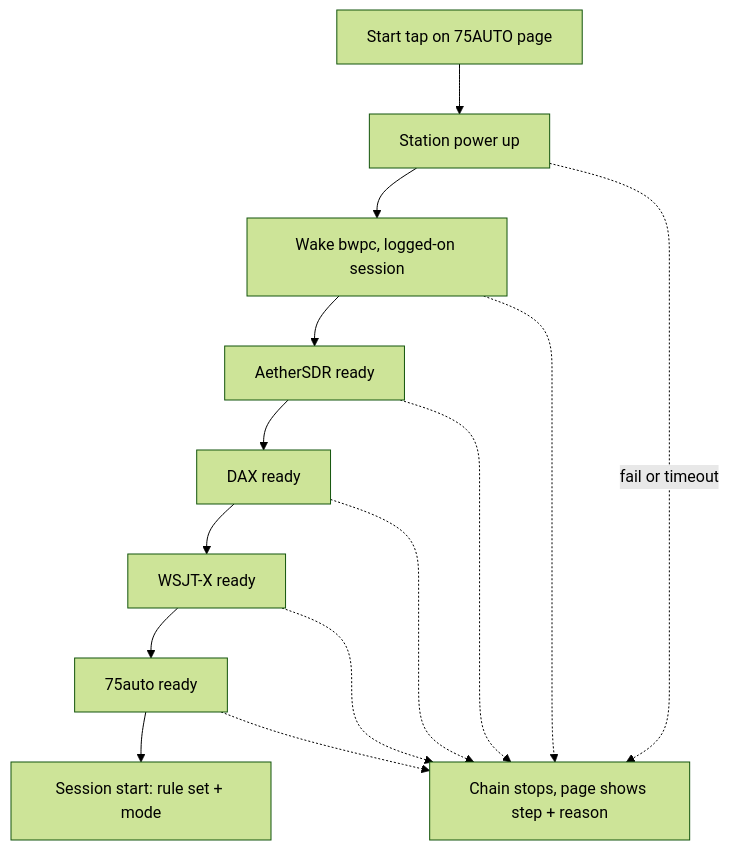
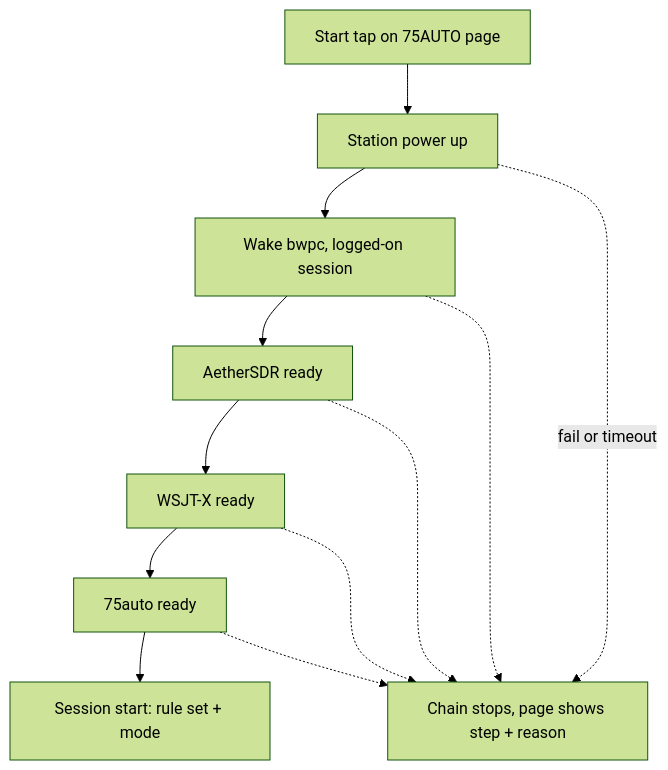
The first of 4 diagrams in docs/plans/2026-11-27-1306-feat-75auto-remote-start-plan.md (kgbvax/StationA), drawn with Mermaid (forest theme) before and after one commit. The commit also changed other lines of this file and 22 other files, not shown here.

First line of the commit message:
remove DAX from the 75auto start chain: WSJT-X uses AetherSDR TCI

````diff
--- a/docs/plans/2026-11-27-1306-feat-75auto-remote-start-plan.md
+++ b/docs/plans/2026-11-27-1306-feat-75auto-remote-start-plan.md
@@ -114,16 +116,14 @@
 ```mermaid
 flowchart TB
   T[Start tap on 75AUTO page] --> P[Station power up]
   P --> W[Wake bwpc, logged-on session]
   W --> A[AetherSDR ready]
-  A --> D[DAX ready]
-  D --> X[WSJT-X ready]
+  A --> X[WSJT-X ready]
   X --> S[75auto ready]
   S --> R[Session start: rule set + mode]
   P -. fail or timeout .-> F[Chain stops, page shows step + reason]
   W -.-> F
-  D -.-> F
   A -.-> F
   X -.-> F
   S -.-> F
 ```
````
